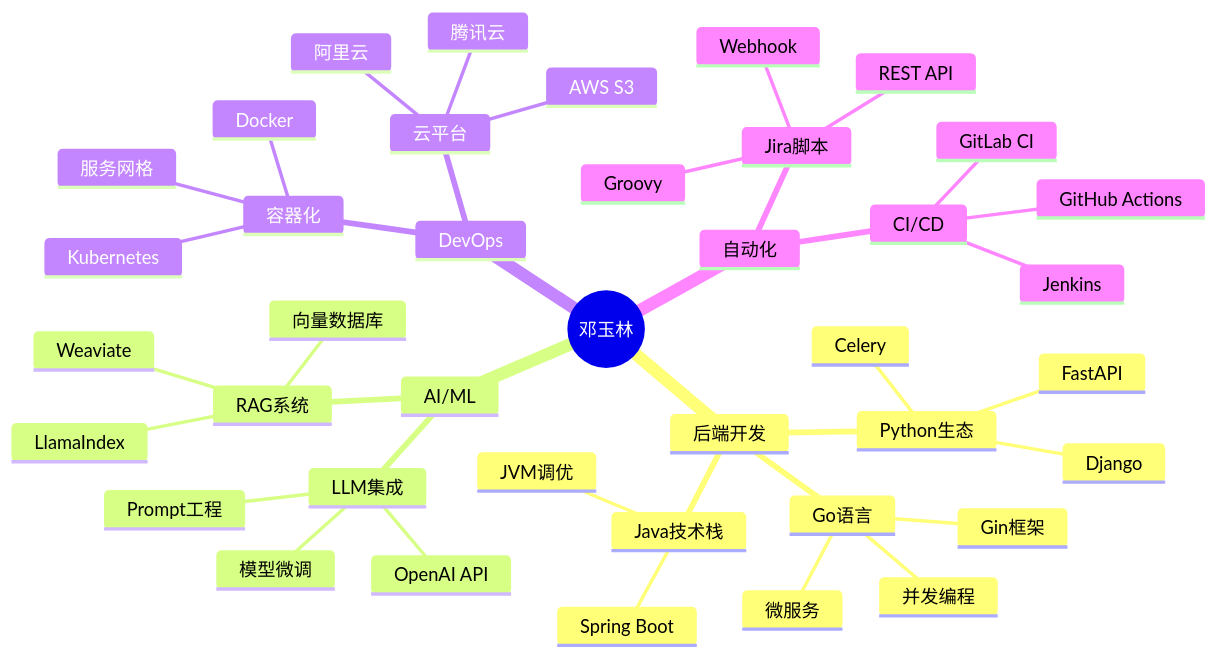
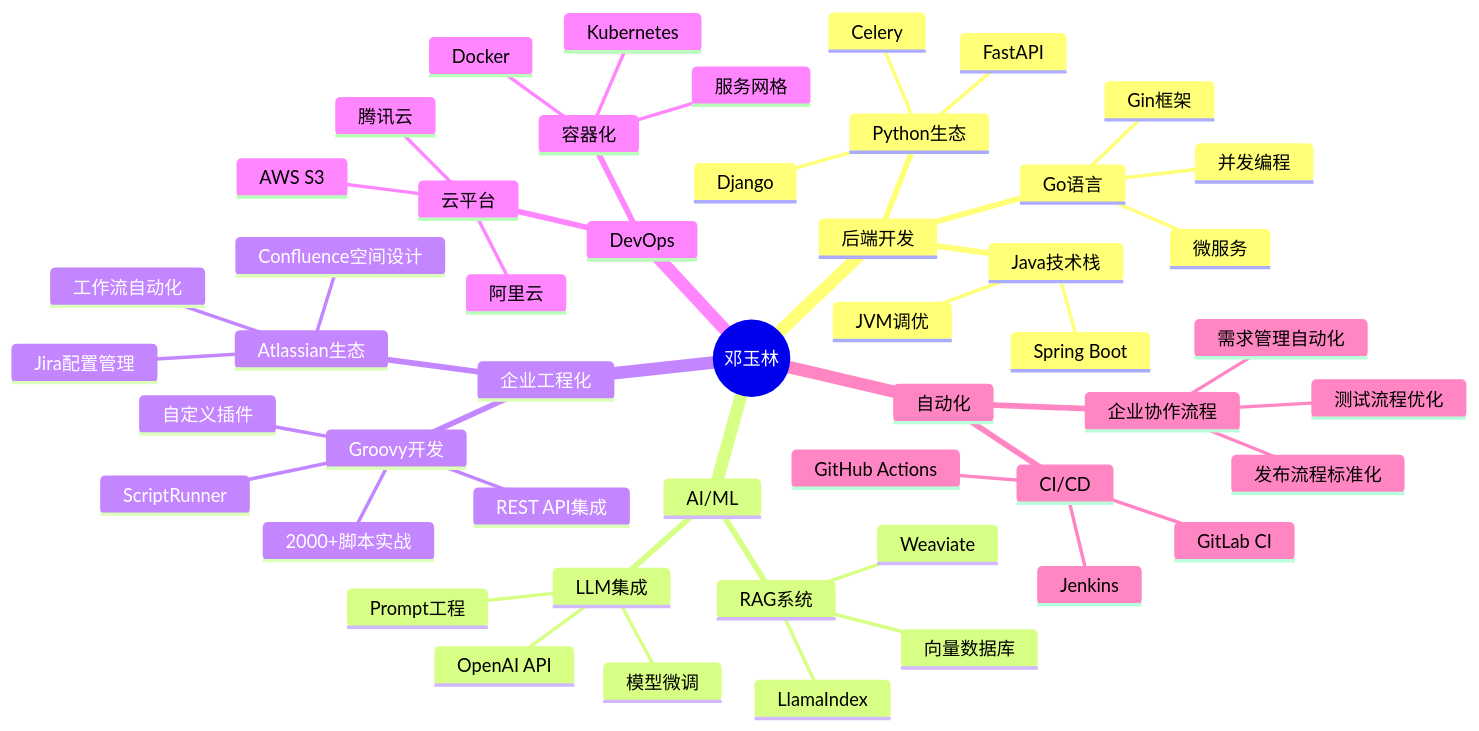
Before and after one commit to DYL521/DYL521: the diagram in README.md, drawn with Mermaid. The commit also changed other lines of this file, not shown here.

````diff
--- a/README.md
+++ b/README.md
@@ -140,43 +152,53 @@
 ```mermaid
 mindmap
   root((邓玉林))
     后端开发
       Python生态
         Django
         FastAPI
         Celery
       Go语言
         Gin框架
         并发编程
         微服务
       Java技术栈
         Spring Boot
         JVM调优
     AI/ML
       RAG系统
         LlamaIndex
         Weaviate
         向量数据库
       LLM集成
         OpenAI API
         模型微调
         Prompt工程
+    企业工程化
+      Atlassian生态
+        Jira配置管理
+        Confluence空间设计
+        工作流自动化
+      Groovy开发
+        ScriptRunner
+        自定义插件
+        REST API集成
+        2000+脚本实战
     DevOps
       容器化
         Docker
         Kubernetes
         服务网格
       云平台
         AWS S3
         阿里云
         腾讯云
     自动化
-      Jira脚本
-        Groovy
-        REST API
-        Webhook
+      企业协作流程
+        需求管理自动化
+        测试流程优化
+        发布流程标准化
       CI/CD
         Jenkins
         GitLab CI
         GitHub Actions
 ```
````
